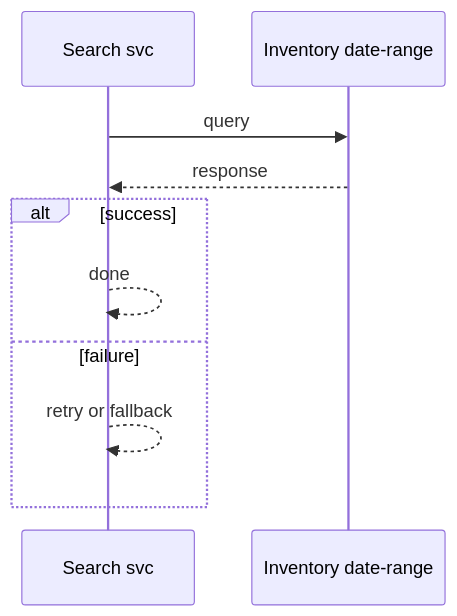
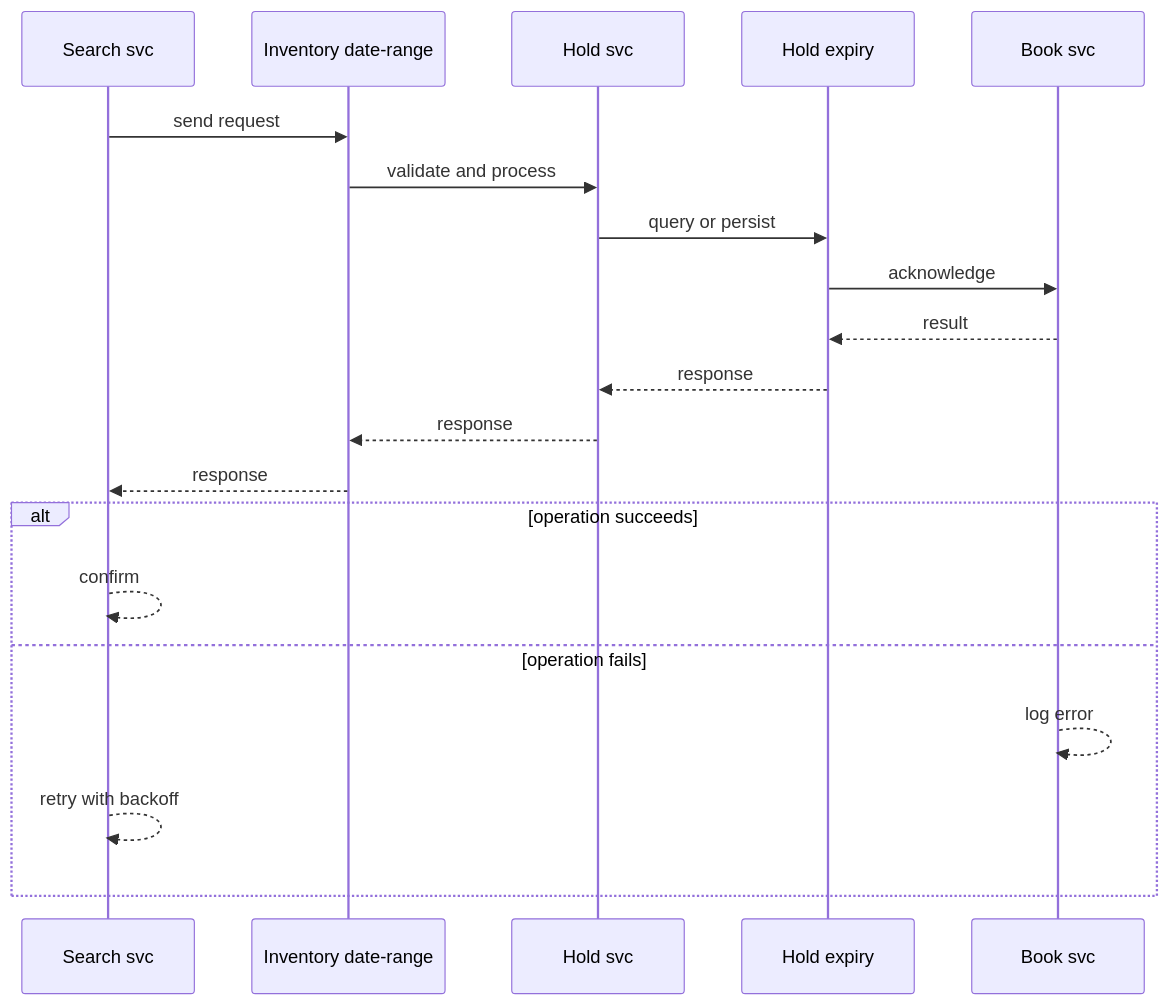
One commit to RIT-MESH/system-design-mastery changed the second of 4 diagrams in case-studies/advanced/hotel-booking.md. Above: the diagram before and after it, drawn with Mermaid. The commit also changed other lines of this file and 64 other files, not shown here.

````diff
--- a/case-studies/advanced/hotel-booking.md
+++ b/case-studies/advanced/hotel-booking.md
@@ -77,13 +65,23 @@
 ```mermaid
 %% created-for: system-design-mastery
 sequenceDiagram
-  participant P0 as Search svc
-  participant P1 as Inventory date-range
-  P0 ->> P1: query
-  P1 -->> P0: response
-  alt success
-    P0 -->> P0: done
-  else failure
-    P0 -->> P0: retry or fallback
+  participant C0 as Search svc
+  participant C1 as Inventory date-range
+  participant C2 as Hold svc
+  participant C3 as Hold expiry
+  participant C4 as Book svc
+  C0 ->> C1: send request
+  C1 ->> C2: validate and process
+  C2 ->> C3: query or persist
+  C3 ->> C4: acknowledge
+  C4 -->> C3: result
+  C3 -->> C2: response
+  C2 -->> C1: response
+  C1 -->> C0: response
+  alt operation succeeds
+    C0 -->> C0: confirm
+  else operation fails
+    C4 -->> C4: log error
+    C0 -->> C0: retry with backoff
   end
 ```
````
